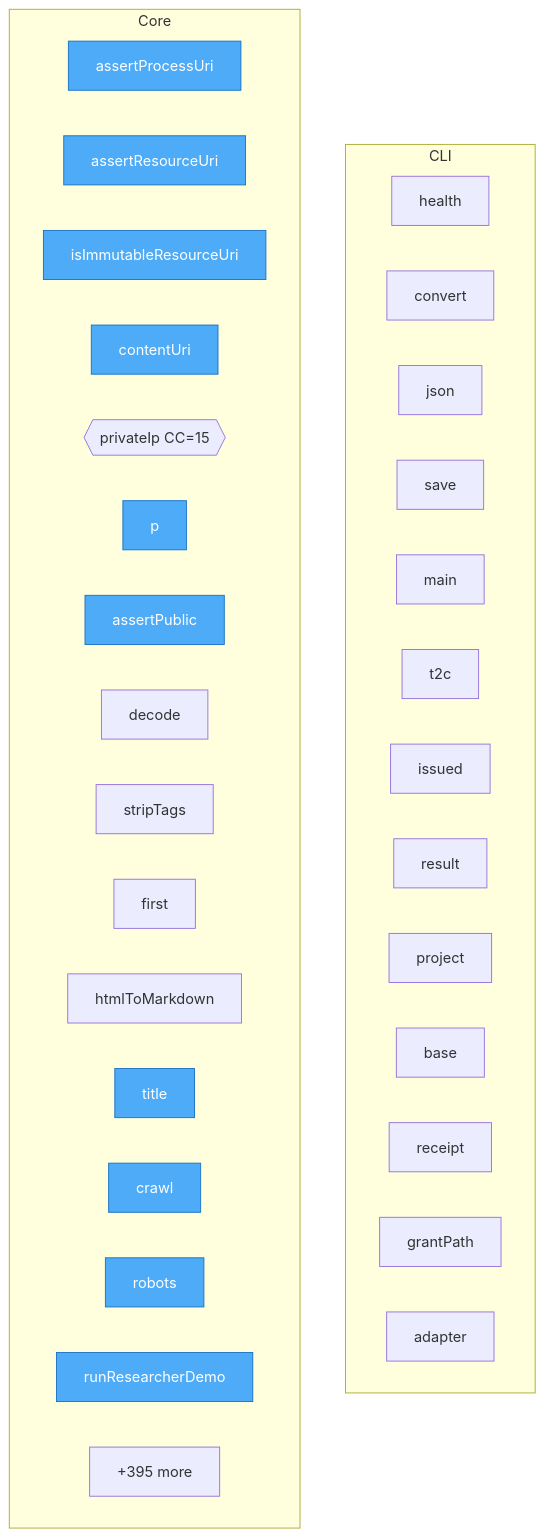
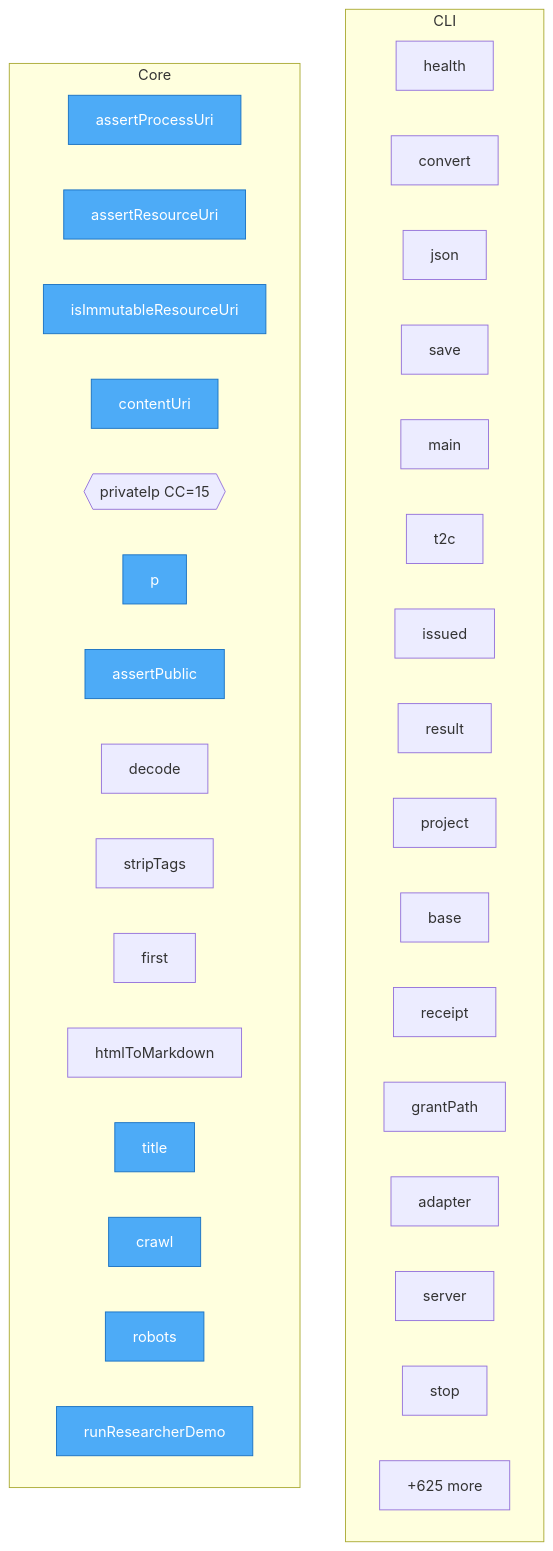
One commit to bioxfoundry/twin-dsl changed the diagram in project/flow.mmd. Above: the diagram before and after it, drawn with Mermaid. The commit also changed 70 other files, not shown here.

```diff
--- a/project/flow.mmd
+++ b/project/flow.mmd
@@ -1,42 +1,45 @@
 flowchart TD
 %% generated in 0.01s
 
     %% Entry points (blue)
     classDef entry fill:#4dabf7,stroke:#1971c2,color:#fff
 
     subgraph CLI
         deploy__docling__server__health["health"]
         deploy__docling__server__convert["convert"]
         src__cli__main__json["json"]
         src__cli__main__save["save"]
         src__cli__main__main["main"]
         src__cli__main__t2c["t2c"]
         src__cli__main__issued["issued"]
         src__cli__main__result["result"]
         src__cli__main__project["project"]
         src__cli__main__base["base"]
         src__cli__main__receipt["receipt"]
         src__cli__main__grantPath["grantPath"]
         src__cli__main__adapter["adapter"]
+        src__cli__main__server["server"]
+        src__cli__main__stop["stop"]
+        ...["+4 more"]
     end
 
     subgraph Core
         src__core__uri__assertProcessUri["assertProcessUri"]
         src__core__uri__assertResourceUri["assertResourceUri"]
         src__core__uri__isImmutableResourceUri["isImmutableResourceUri"]
         src__core__canonical__contentUri["contentUri"]
         src__research__crawler__privateIp{{privateIp CC=15}}
         src__research__crawler__p["p"]
         src__research__crawler__assertPublic["assertPublic"]
         src__research__crawler__decode["decode"]
         src__research__crawler__stripTags["stripTags"]
         src__research__crawler__first["first"]
         src__research__crawler__htmlToMarkdown["htmlToMarkdown"]
         src__research__crawler__title["title"]
         src__research__crawler__DqlCrawler__crawl["crawl"]
         src__research__crawler__DqlCrawler__robots["robots"]
         src__research__researcher__runResearcherDemo["runResearcherDemo"]
-        ...["+395 more"]
+        ...["+625 more"]
     end
 
     class src__core__uri__assertProcessUri,src__core__uri__assertResourceUri,src__core__uri__isImmutableResourceUri,src__core__canonical__contentUri,src__research__crawler__p,src__research__crawler__assertPublic,src__research__crawler__title,src__research__crawler__DqlCrawler__crawl,src__research__crawler__DqlCrawler__robots,src__research__researcher__runResearcherDemo entry
```
